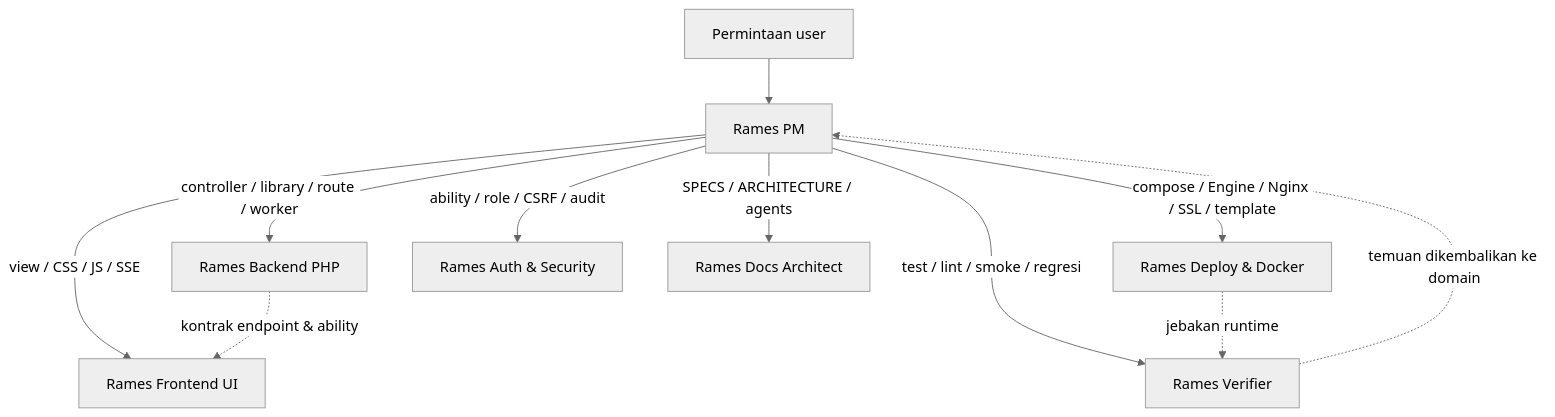
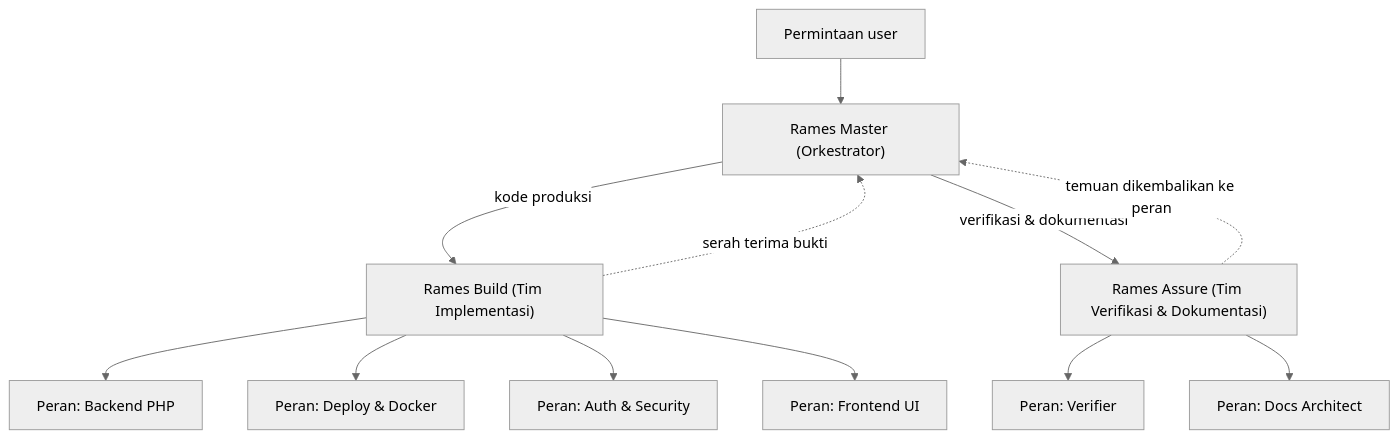
One commit to yllumi/rames changed the diagram in .github/agents/README.md. Above: the diagram before and after it, drawn with Mermaid (neutral theme). The commit also changed other lines of this file and 31 other files, not shown here.

````diff
--- a/.github/agents/README.md
+++ b/.github/agents/README.md
@@ -19,13 +24,14 @@
 ```mermaid
 flowchart TD
-    U[Permintaan user] --> PM[Rames PM]
-    PM -->|controller / library / route / worker| BE[Rames Backend PHP]
-    PM -->|compose / Engine / Nginx / SSL / template| DD[Rames Deploy & Docker]
-    PM -->|ability / role / CSRF / audit| AS[Rames Auth & Security]
-    PM -->|view / CSS / JS / SSE| FE[Rames Frontend UI]
-    PM -->|test / lint / smoke / regresi| V[Rames Verifier]
-    PM -->|SPECS / ARCHITECTURE / agents| DA[Rames Docs Architect]
-    BE -. kontrak endpoint & ability .-> FE
-    DD -. jebakan runtime .-> V
-    V -. temuan dikembalikan ke domain .-> PM
+    U[Permintaan user] --> M["Rames Master (Orkestrator)"]
+    M -->|kode produksi| B["Rames Build (Tim Implementasi)"]
+    M -->|verifikasi & dokumentasi| A["Rames Assure (Tim Verifikasi & Dokumentasi)"]
+    B --> P1[Peran: Backend PHP]
+    B --> P2[Peran: Deploy & Docker]
+    B --> P3[Peran: Auth & Security]
+    B --> P4[Peran: Frontend UI]
+    A --> P5[Peran: Verifier]
+    A --> P6[Peran: Docs Architect]
+    B -. serah terima bukti .-> M
+    A -. temuan dikembalikan ke peran .-> M
 ```
````
